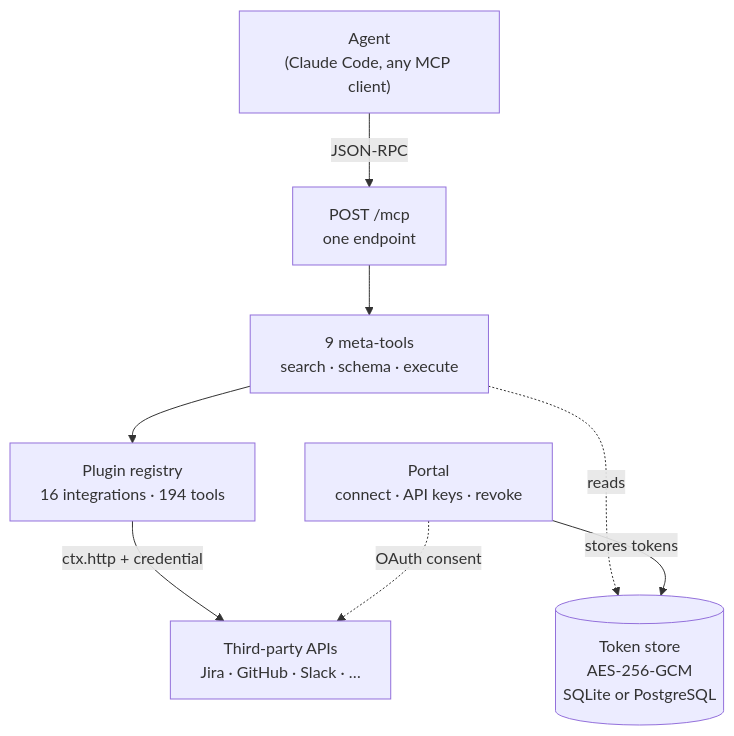
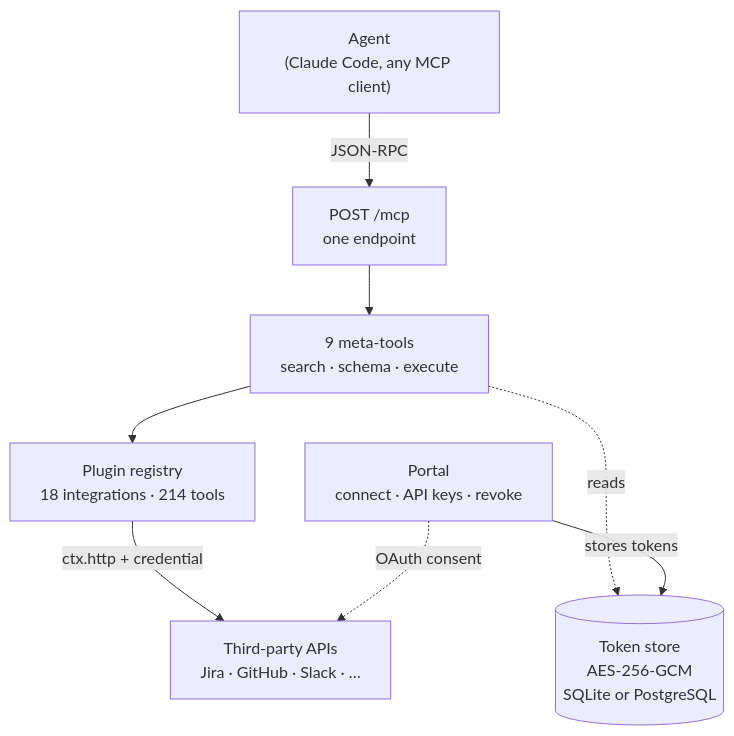
Before and after one commit to amarthaid/workbench: the diagram in docs/site/_content/index.md, drawn with Mermaid. The commit also changed other lines of this file and 21 other files, not shown here.

````diff
--- a/docs/site/_content/index.md
+++ b/docs/site/_content/index.md
@@ -18,18 +18,18 @@
 ```mermaid
 flowchart TB
   Agent["Agent<br/>(Claude Code, any MCP client)"]
   MCP["POST /mcp<br/>one endpoint"]
   Meta["9 meta-tools<br/>search · schema · execute"]
-  Reg["Plugin registry<br/>16 integrations · 194 tools"]
+  Reg["Plugin registry<br/>18 integrations · 214 tools"]
   Portal["Portal<br/>connect · API keys · revoke"]
   Store[("Token store<br/>AES-256-GCM<br/>SQLite or PostgreSQL")]
   APIs["Third-party APIs<br/>Jira · GitHub · Slack · …"]
 
   Agent -->|JSON-RPC| MCP
   MCP --> Meta
   Meta --> Reg
   Reg -->|ctx.http + credential| APIs
   Meta -.reads.-> Store
   Portal -->|stores tokens| Store
   Portal -.OAuth consent.-> APIs
 ```
````
